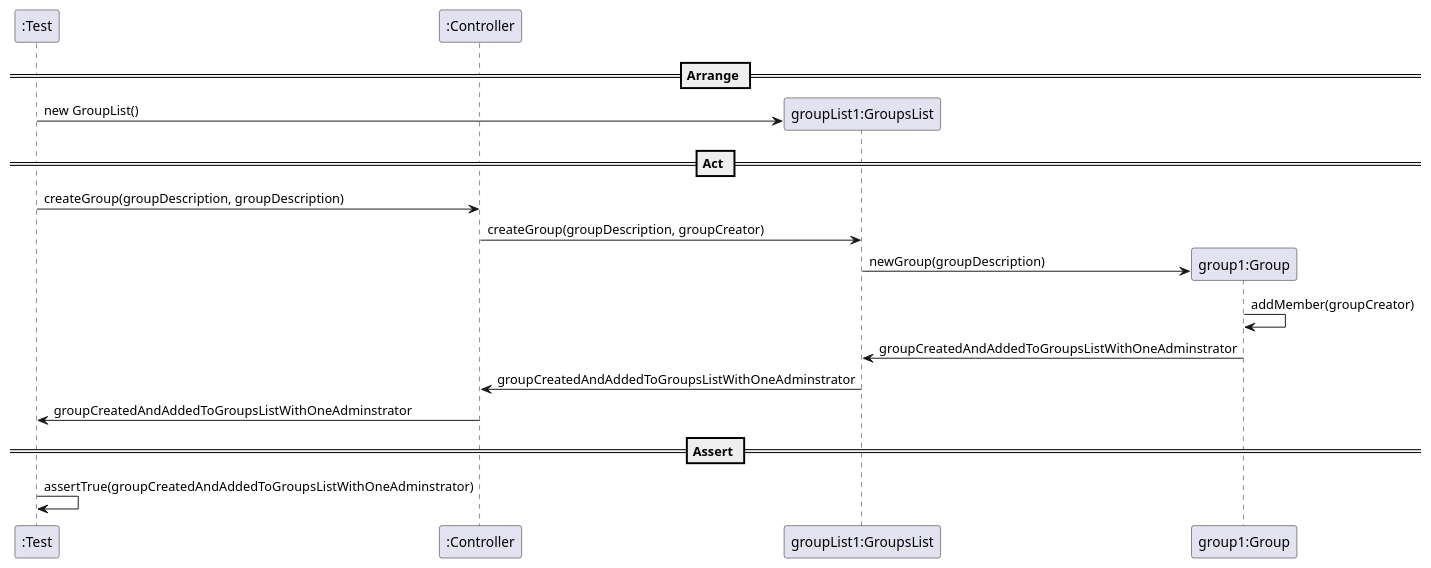
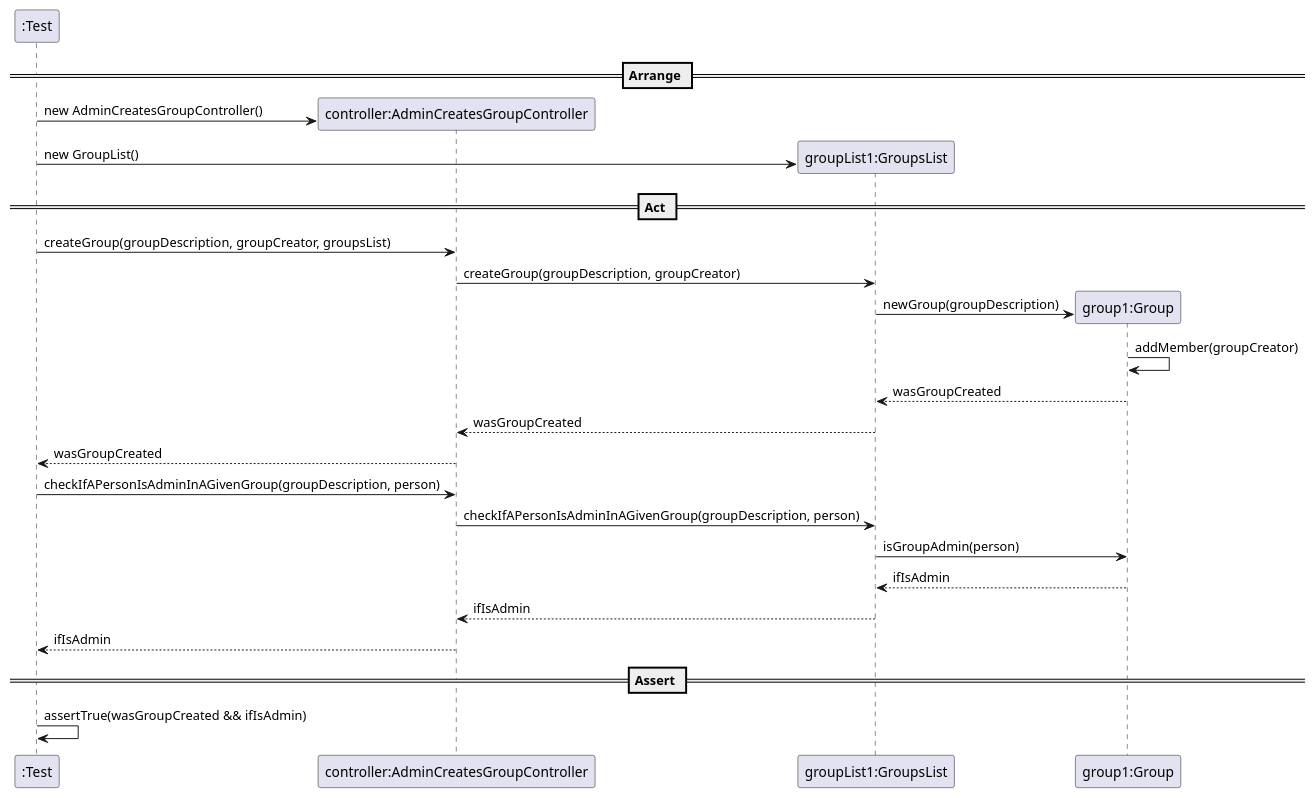
Before and after one commit to mleitaoribeiro/DevOpsMaven: the diagram in docs/SequenceDiagram - US002.1.puml, drawn with PlantUML.

Commit message:
ref #495: Changed US002.1 Sequence Diagram

```diff
--- a/docs/SequenceDiagram - US002.1.puml
+++ b/docs/SequenceDiagram - US002.1.puml
@@ -1,25 +1,34 @@
 @startuml
 
 create ":Test"
-create ":Controller"
 
 == Arrange ==
+create "controller:AdminCreatesGroupController"
+":Test" -> "controller:AdminCreatesGroupController" : new AdminCreatesGroupController()
+
 create "groupList1:GroupsList"
 ":Test" -> "groupList1:GroupsList" : new GroupList()
 
 == Act ==
-":Test" -> ":Controller" : createGroup(groupDescription, groupDescription)
-":Controller" -> "groupList1:GroupsList" : createGroup(groupDescription, groupCreator)
 
+":Test" -> "controller:AdminCreatesGroupController" : createGroup(groupDescription, groupCreator, groupsList)
+"controller:AdminCreatesGroupController" -> "groupList1:GroupsList" : createGroup(groupDescription, groupCreator)
 create "group1:Group"
 "groupList1:GroupsList" -> "group1:Group": newGroup(groupDescription)
 "group1:Group" ->"group1:Group": addMember(groupCreator)
-"group1:Group" ->"groupList1:GroupsList": groupCreatedAndAddedToGroupsListWithOneAdminstrator
-"groupList1:GroupsList" -> ":Controller": groupCreatedAndAddedToGroupsListWithOneAdminstrator
-":Controller" -> ":Test": groupCreatedAndAddedToGroupsListWithOneAdminstrator
+"group1:Group" -->"groupList1:GroupsList": wasGroupCreated
+"groupList1:GroupsList" --> "controller:AdminCreatesGroupController": wasGroupCreated
+"controller:AdminCreatesGroupController" --> ":Test": wasGroupCreated
+
+":Test" -> "controller:AdminCreatesGroupController" : checkIfAPersonIsAdminInAGivenGroup(groupDescription, person)
+"controller:AdminCreatesGroupController" -> "groupList1:GroupsList" : checkIfAPersonIsAdminInAGivenGroup(groupDescription, person)
+"groupList1:GroupsList" -> "group1:Group" : isGroupAdmin(person)
+"group1:Group" -->"groupList1:GroupsList": ifIsAdmin
+"groupList1:GroupsList" --> "controller:AdminCreatesGroupController": ifIsAdmin
+"controller:AdminCreatesGroupController" --> ":Test": ifIsAdmin
 
 == Assert ==
 
-":Test" -> ":Test" : assertTrue(groupCreatedAndAddedToGroupsListWithOneAdminstrator)
+":Test" -> ":Test" : assertTrue(wasGroupCreated && ifIsAdmin)
 
 @enduml
```
